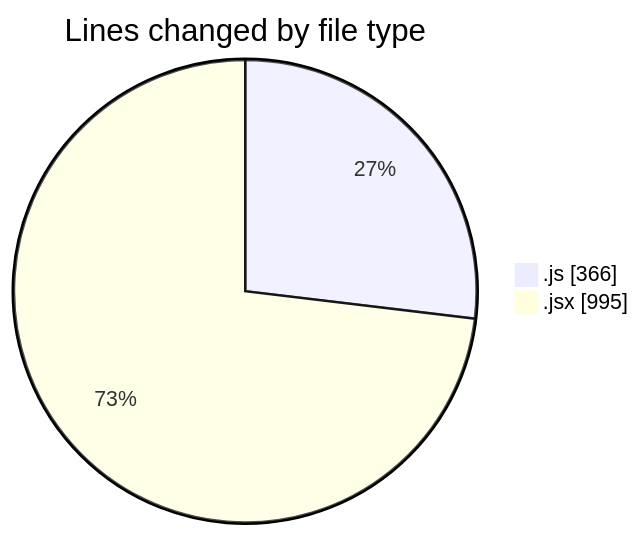
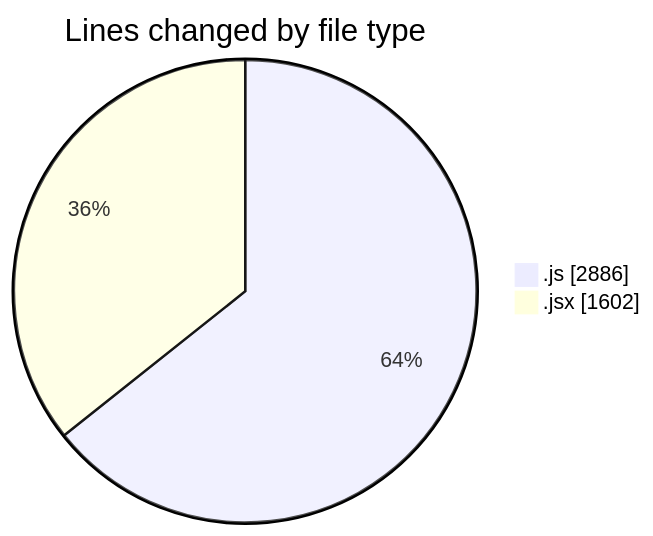
One commit to nxtqubesakshisongat/code-tracking changed the first of 2 diagrams in 2025-11-12/argos/README.md. Above: the diagram before and after it, drawn with Mermaid. The commit also changed other lines of this file and 1 other file, not shown here.

````diff
--- a/2025-11-12/argos/README.md
+++ b/2025-11-12/argos/README.md
@@ -22,6 +28,6 @@
 ```mermaid
 pie showData
 title Lines changed by file type
-".js" : 366
-".jsx" : 995
+".js" : 2886
+".jsx" : 1602
 ```
````
